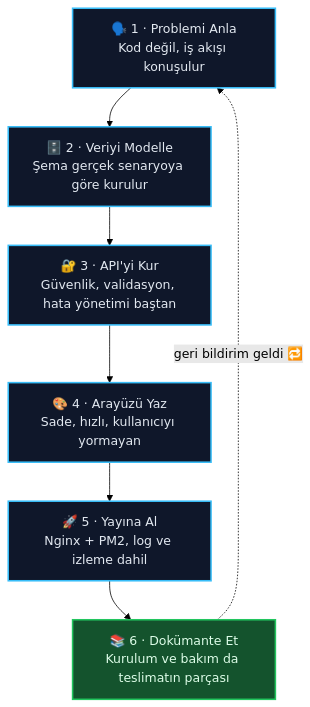
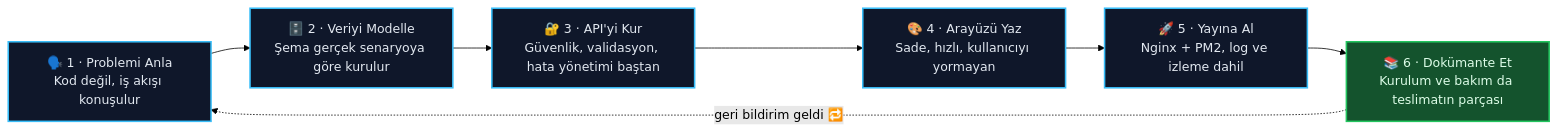
Before and after one commit to ahmetonurevis/ahmetonurevis: the second of 2 diagrams in README.md, drawn with Mermaid (forest theme). The commit also changed other lines of this file, not shown here.

First line of the commit message:
polish: mermaid diyagramlarini kompaktlastir

````diff
--- a/README.md
+++ b/README.md
@@ -212,15 +198,15 @@
 ```mermaid
-flowchart TD
+flowchart LR
     A["🗣️ 1 · Problemi Anla<br>Kod değil, iş akışı konuşulur"]:::step
     B["🗄️ 2 · Veriyi Modelle<br>Şema gerçek senaryoya göre kurulur"]:::step
     C["🔐 3 · API'yi Kur<br>Güvenlik, validasyon, hata yönetimi baştan"]:::step
     D["🎨 4 · Arayüzü Yaz<br>Sade, hızlı, kullanıcıyı yormayan"]:::step
     E["🚀 5 · Yayına Al<br>Nginx + PM2, log ve izleme dahil"]:::step
     F["📚 6 · Dokümante Et<br>Kurulum ve bakım da teslimatın parçası"]:::done
 
     A --> B --> C --> D --> E --> F
     F -.->|"geri bildirim geldi 🔁"| A
 
     classDef step fill:#0f172a,stroke:#38bdf8,stroke-width:2px,color:#e2e8f0
     classDef done fill:#14532d,stroke:#22c55e,stroke-width:2px,color:#dcfce7
 ```
````
